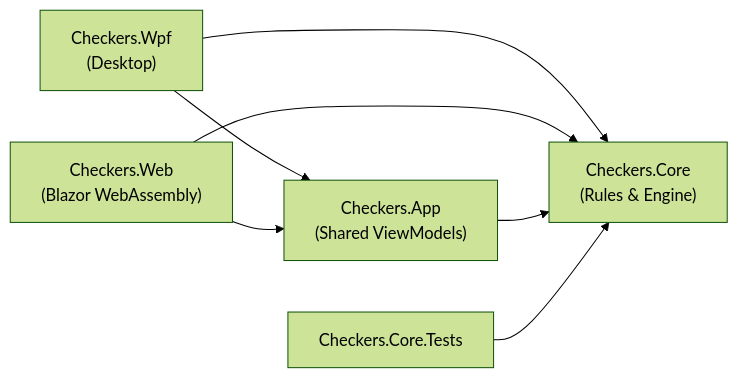
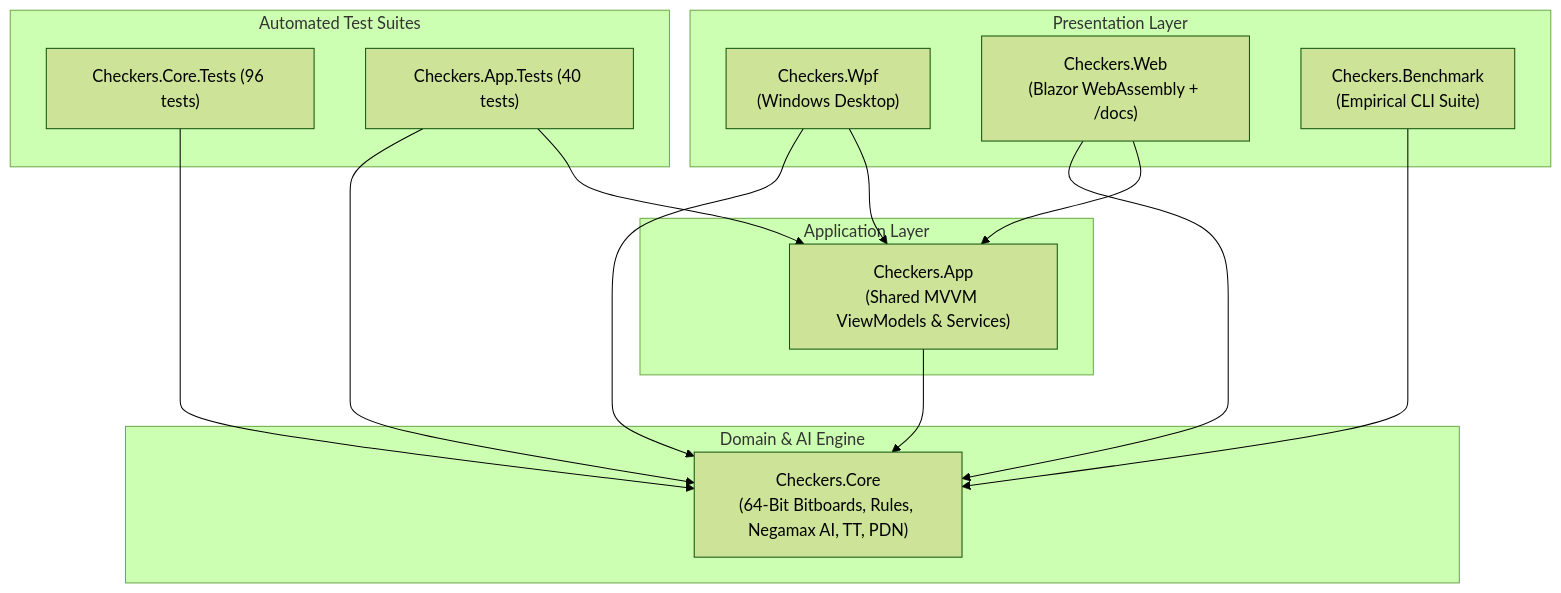
Before and after one commit to cjp-dev/Checkers: the first of 2 diagrams in docs/brain/01-overview.md, drawn with Mermaid (forest theme). The commit also changed other lines of this file and 19 other files, not shown here.

````diff
--- a/docs/brain/01-overview.md
+++ b/docs/brain/01-overview.md
@@ -24,9 +25,31 @@
 ```mermaid
-flowchart LR
-    WPF["Checkers.Wpf<br/>(Desktop)"] --> App["Checkers.App<br/>(Shared ViewModels)"]
-    Web["Checkers.Web<br/>(Blazor WebAssembly)"] --> App
-    WPF --> Core["Checkers.Core<br/>(Rules & Engine)"]
+flowchart TD
+    subgraph Presentation ["Presentation Layer"]
+        WPF["Checkers.Wpf<br/>(Windows Desktop)"]
+        Web["Checkers.Web<br/>(Blazor WebAssembly + /docs)"]
+        CLI["Checkers.Benchmark<br/>(Empirical CLI Suite)"]
+    end
+
+    subgraph Application ["Application Layer"]
+        App["Checkers.App<br/>(Shared MVVM ViewModels & Services)"]
+    end
+
+    subgraph Domain ["Domain & AI Engine"]
+        Core["Checkers.Core<br/>(64-Bit Bitboards, Rules, Negamax AI, TT, PDN)"]
+    end
+
+    subgraph Verification ["Automated Test Suites"]
+        CoreTests["Checkers.Core.Tests (96 tests)"]
+        AppTests["Checkers.App.Tests (40 tests)"]
+    end
+
+    WPF --> App
+    Web --> App
+    App --> Core
+    WPF --> Core
     Web --> Core
-    App --> Core
-    Tests["Checkers.Core.Tests"] --> Core
+    CLI --> Core
+    CoreTests --> Core
+    AppTests --> App
+    AppTests --> Core
 ```
````
